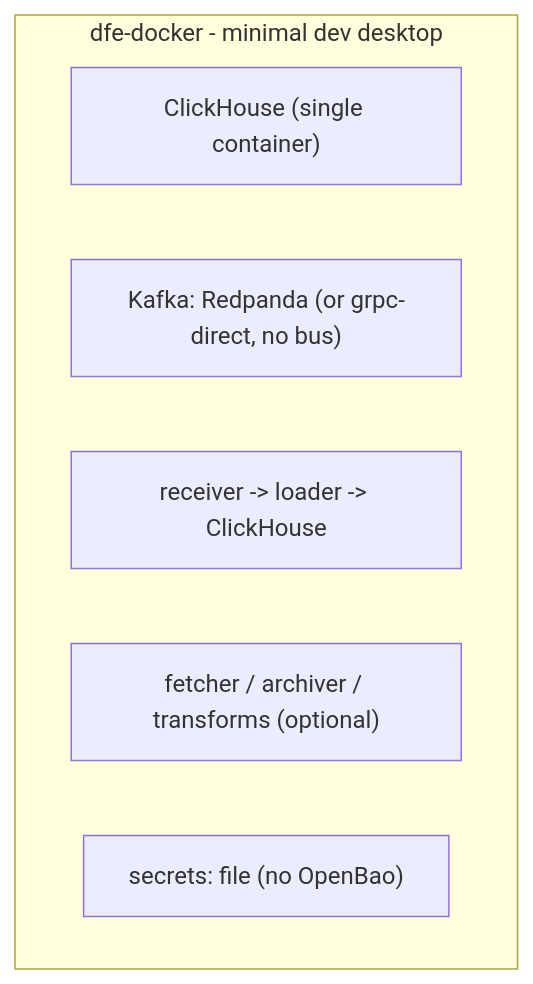
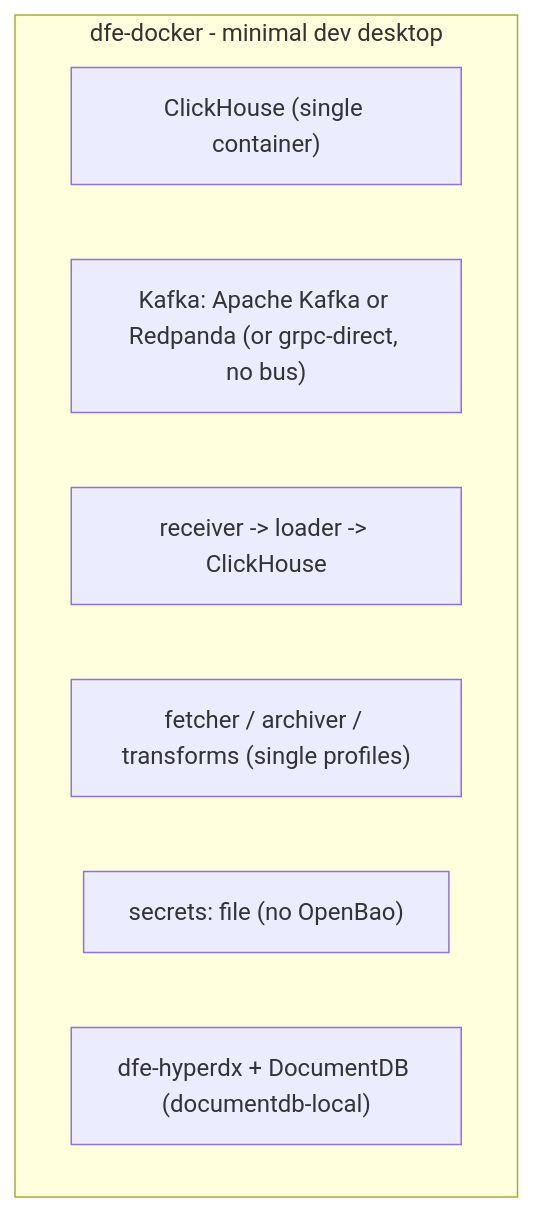
Before and after one commit to hyperi-io/dfe-engine: the fourth of 4 diagrams in docs/deployment/backing-services.md, drawn with Mermaid. The commit also changed other lines of this file and 27 other files, not shown here.

````diff
--- a/docs/deployment/backing-services.md
+++ b/docs/deployment/backing-services.md
@@ -139,10 +123,11 @@
 ```mermaid
 flowchart TB
     subgraph docker["dfe-docker - minimal dev desktop"]
         ch["ClickHouse (single container)"]
-        k["Kafka: Redpanda (or grpc-direct, no bus)"]
+        k["Kafka: Apache Kafka or Redpanda (or grpc-direct, no bus)"]
         ing["receiver -> loader -> ClickHouse"]
-        fa["fetcher / archiver / transforms (optional)"]
+        fa["fetcher / archiver / transforms (single profiles)"]
         sec["secrets: file (no OpenBao)"]
+        hdx["dfe-hyperdx + DocumentDB (documentdb-local)"]
     end
 ```
````
